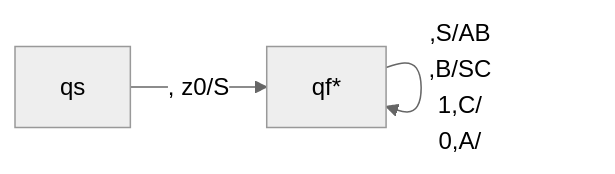
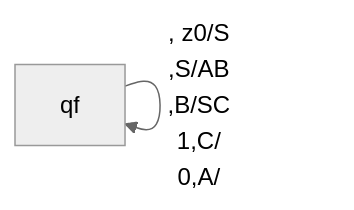
Before and after one commit to finger-bone/language-automaton-and-compiler: the third of 4 diagrams in docs/context-free-language/push-down-automaton.mdx, drawn with Mermaid (neutral theme). The commit also changed other lines of this file and 1 other file, not shown here.

````diff
--- a/docs/context-free-language/push-down-automaton.mdx
+++ b/docs/context-free-language/push-down-automaton.mdx
@@ -226,8 +227,9 @@
 ```mermaid
 graph LR
-    qs[qs] -->|, z0/S| qf[qf*]
-    qf -->|,S/AB
+    qf -->|
+    , z0/S
+    ,S/AB
         ,B/SC
         1,C/
         0,A/| qf
 ```
````
